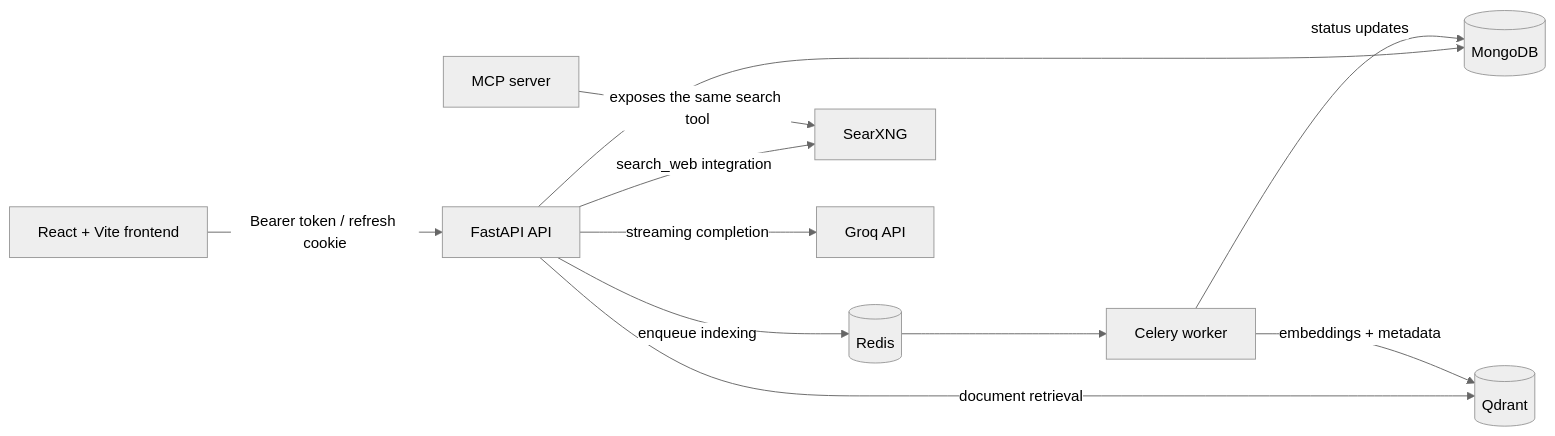
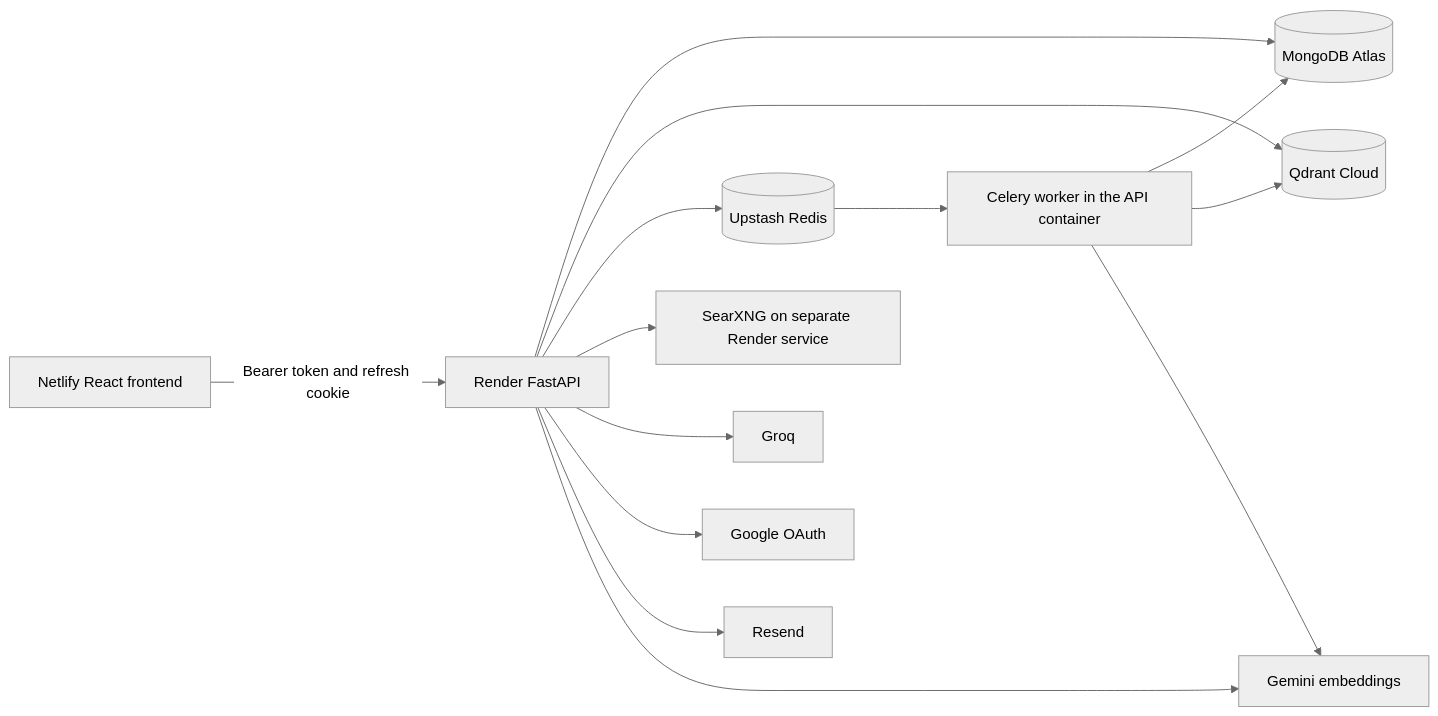
The first of 2 diagrams in README.md (akhhilreddy/AskLaw), drawn with Mermaid (neutral theme) before and after one commit. The commit also changed other lines of this file, not shown here.

````diff
--- a/README.md
+++ b/README.md
@@ -61,13 +73,16 @@
 ```mermaid
 flowchart LR
-    Browser[React + Vite frontend] -->|Bearer token / refresh cookie| API[FastAPI API]
-    API --> Mongo[(MongoDB)]
-    API -->|document retrieval| Qdrant[(Qdrant)]
-    API -->|enqueue indexing| Redis[(Redis)]
-    Redis --> Celery[Celery worker]
-    Celery -->|embeddings + metadata| Qdrant
-    Celery -->|status updates| Mongo
-    API -->|search_web integration| SearXNG[SearXNG]
-    API -->|streaming completion| Groq[Groq API]
-    MCP[MCP server] -->|exposes the same search tool| SearXNG
+    Browser[Netlify React frontend] -->|Bearer token and refresh cookie| API[Render FastAPI]
+    API --> Mongo[(MongoDB Atlas)]
+    API --> Qdrant[(Qdrant Cloud)]
+    API --> Redis[(Upstash Redis)]
+    Redis --> Worker[Celery worker in the API container]
+    Worker --> Mongo
+    Worker --> Qdrant
+    API --> Search[SearXNG on separate Render service]
+    API --> Groq[Groq]
+    API --> Google[Google OAuth]
+    API --> Resend[Resend]
+    API --> Gemini[Gemini embeddings]
+    Worker --> Gemini
 ```
````
